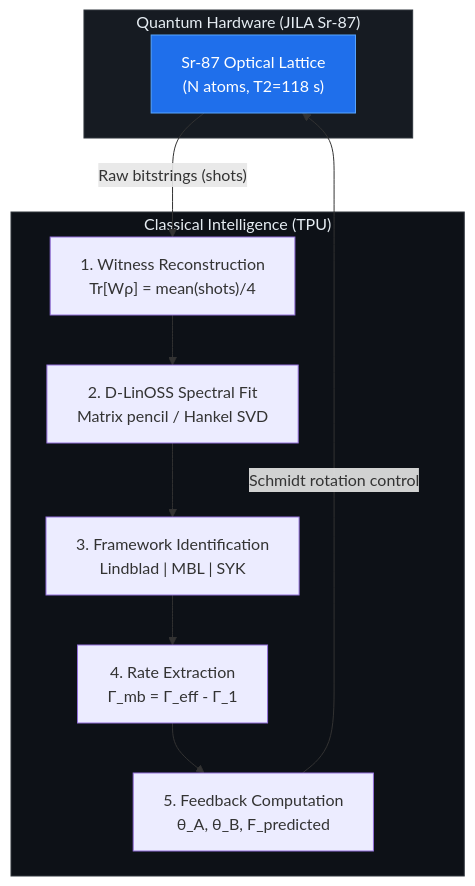
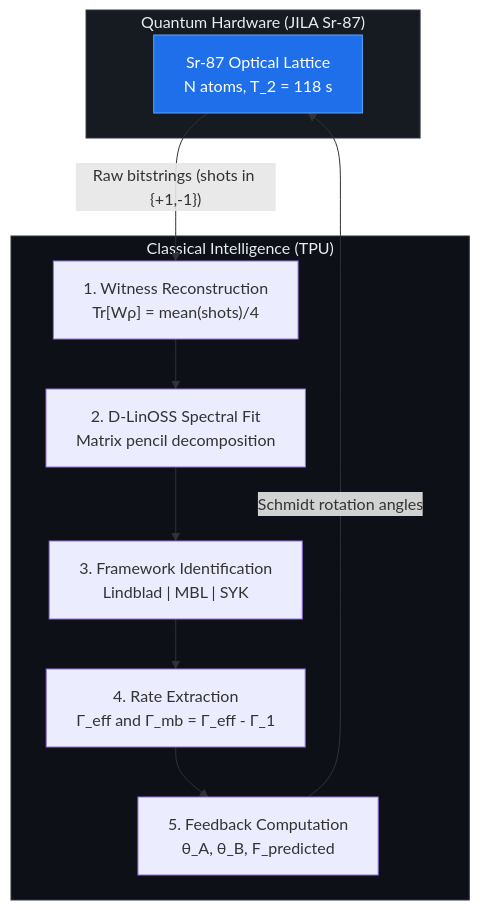
One commit to IllI/resonance changed the diagram in emergent_quantum_geometries/docs/PAPER_DRAFT_v1.md. Above: the diagram before and after it, drawn with Mermaid. The commit also changed other lines of this file, not shown here.

````diff
--- a/emergent_quantum_geometries/docs/PAPER_DRAFT_v1.md
+++ b/emergent_quantum_geometries/docs/PAPER_DRAFT_v1.md
@@ -219,19 +249,19 @@
 ```mermaid
 graph TD
-    subgraph Quantum_Hardware ["Quantum Hardware (JILA Sr-87)"]
-        JILA["Sr-87 Optical Lattice<br/>(N atoms, T2=118 s)"]
+    subgraph Hardware ["Quantum Hardware (JILA Sr-87)"]
+        JILA["Sr-87 Optical Lattice<br/>N atoms, T_2 = 118 s"]
     end
-    subgraph Classical_Intelligence ["Classical Intelligence (TPU)"]
+    subgraph TPU ["Classical Intelligence (TPU)"]
         W["1. Witness Reconstruction<br/>Tr[Wρ] = mean(shots)/4"]
-        Fit["2. D-LinOSS Spectral Fit<br/>Matrix pencil / Hankel SVD"]
+        Fit["2. D-LinOSS Spectral Fit<br/>Matrix pencil decomposition"]
         ID["3. Framework Identification<br/>Lindblad | MBL | SYK"]
-        Rate["4. Rate Extraction<br/>Γ_mb = Γ_eff - Γ_1"]
+        Rate["4. Rate Extraction<br/>Γ_eff and Γ_mb = Γ_eff - Γ_1"]
         FB["5. Feedback Computation<br/>θ_A, θ_B, F_predicted"]
     end
-    JILA -- "Raw bitstrings (shots)" --> W
+    JILA -- "Raw bitstrings (shots in {+1,-1})" --> W
     W --> Fit --> ID --> Rate --> FB
-    FB -- "Schmidt rotation control" --> JILA
+    FB -- "Schmidt rotation angles" --> JILA
     style JILA fill:#1f6feb,stroke:#58a6ff,color:#ffffff
-    style Quantum_Hardware fill:#161b22,stroke:#30363d,color:#e6edf3
-    style Classical_Intelligence fill:#0d1117,stroke:#30363d,color:#e6edf3
+    style Hardware fill:#161b22,stroke:#30363d,color:#e6edf3
+    style TPU fill:#0d1117,stroke:#30363d,color:#e6edf3
 ```
````
